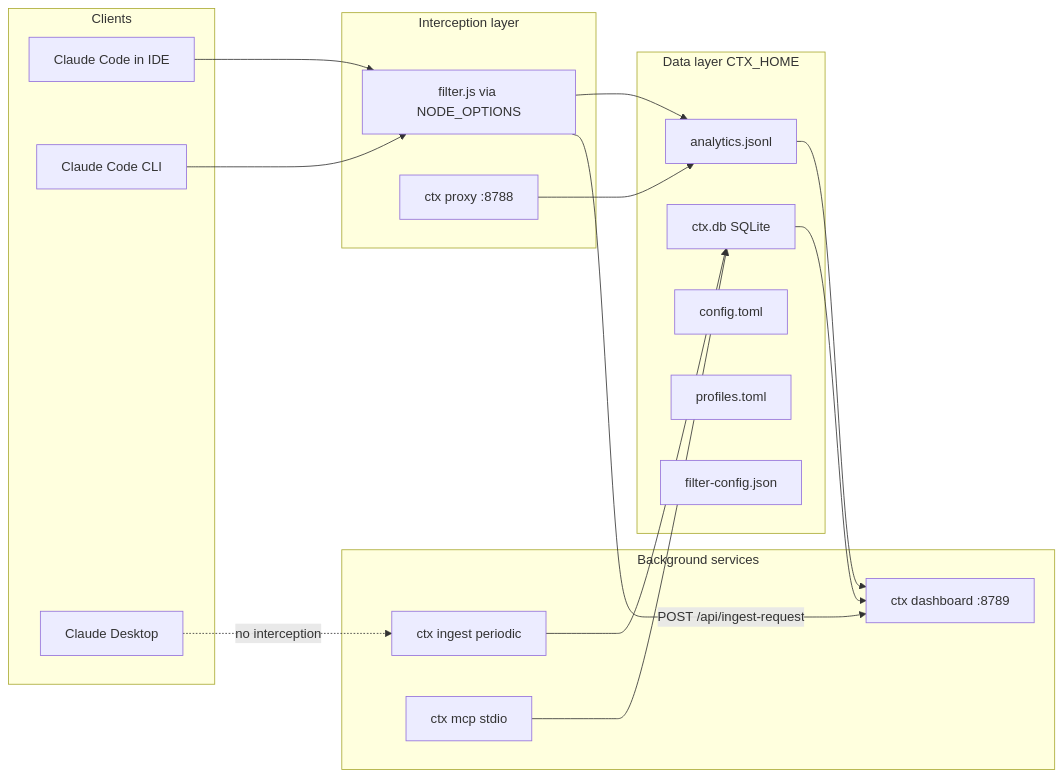
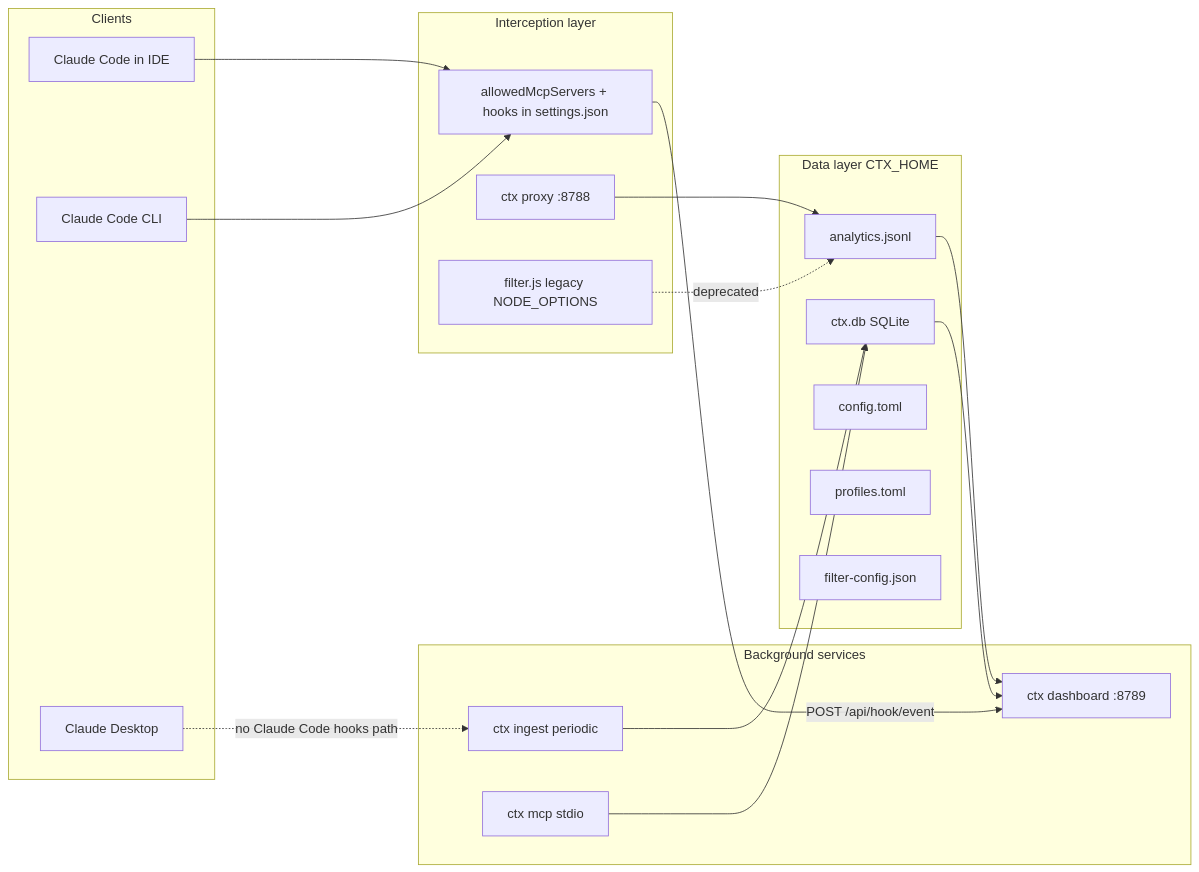
The first of 2 diagrams in ARCHITECTURE.md (saurabh0392/ctx), drawn with Mermaid before and after one commit. The commit also changed other lines of this file and 15 other files, not shown here.

First line of the commit message:
feat: ctx v2 — native allowedMcpServers + hooks for Claude Code

````diff
--- a/ARCHITECTURE.md
+++ b/ARCHITECTURE.md
@@ -7,35 +7,36 @@
 ```mermaid
 flowchart LR
   subgraph clients [Clients]
     CC_IDE["Claude Code in IDE"]
     CC_CLI["Claude Code CLI"]
     Desktop["Claude Desktop"]
   end
   subgraph interception [Interception layer]
-    FilterJS["filter.js via NODE_OPTIONS"]
+    Native["allowedMcpServers + hooks in settings.json"]
     Proxy["ctx proxy :8788"]
+    Legacy["filter.js legacy NODE_OPTIONS"]
   end
   subgraph data [Data layer CTX_HOME]
     JSONL["analytics.jsonl"]
     DB["ctx.db SQLite"]
     Config["config.toml"]
     Profiles["profiles.toml"]
     FilterConfig["filter-config.json"]
   end
   subgraph services [Background services]
     Dashboard["ctx dashboard :8789"]
     Ingest["ctx ingest periodic"]
     MCP["ctx mcp stdio"]
   end
 
-  CC_IDE --> FilterJS
-  CC_CLI --> FilterJS
-  FilterJS --> JSONL
-  FilterJS -->|"POST /api/ingest-request"| Dashboard
+  CC_IDE --> Native
+  CC_CLI --> Native
+  Native -->|"POST /api/hook/event"| Dashboard
+  Legacy -.->|"deprecated"| JSONL
   Proxy --> JSONL
-  Desktop -.->|"no interception"| Ingest
+  Desktop -.->|"no Claude Code hooks path"| Ingest
   JSONL --> Dashboard
   DB --> Dashboard
   Ingest --> DB
   MCP --> DB
 ```
````
